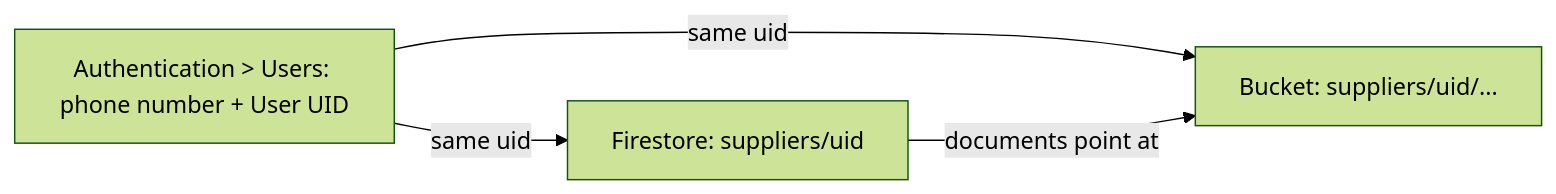
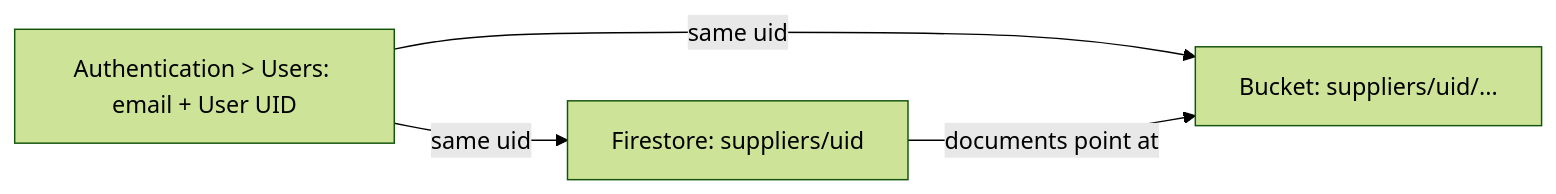
Before and after one commit to sidxh/carbon-accounting: the third of 3 diagrams in TESTING.md, drawn with Mermaid (forest theme). The commit also changed other lines of this file and 31 other files, not shown here.

````diff
--- a/TESTING.md
+++ b/TESTING.md
@@ -588,6 +588,6 @@
 ```mermaid
 flowchart LR
-    Auth["Authentication > Users: phone number + User UID"] -->|"same uid"| Fs["Firestore: suppliers/uid"]
+    Auth["Authentication > Users: email + User UID"] -->|"same uid"| Fs["Firestore: suppliers/uid"]
     Auth -->|"same uid"| Gcs["Bucket: suppliers/uid/..."]
     Fs -->|"documents point at"| Gcs
 ```
````
